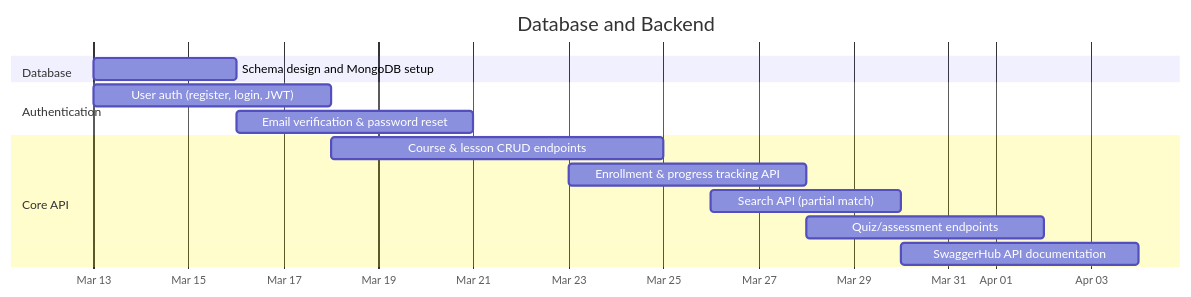
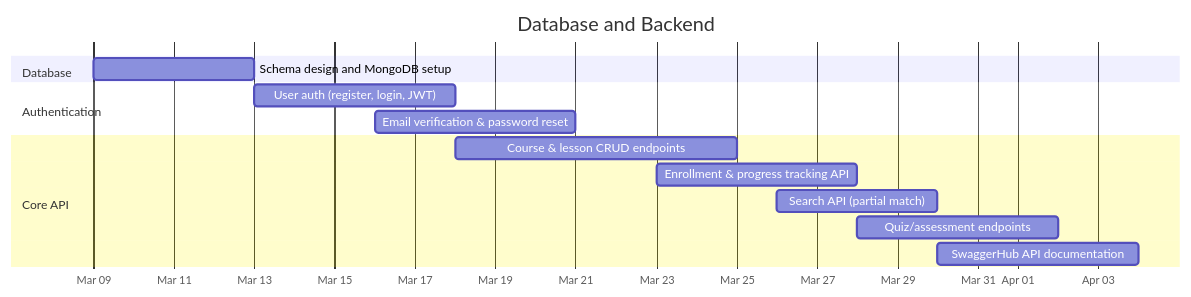
Before and after one commit to LuizGomes56/poosd_final_project: the second of 7 diagrams in GANTT.md, drawn with Mermaid.

Commit message:
date changes

````diff
--- a/GANTT.md
+++ b/GANTT.md
@@ -31,20 +31,20 @@
 ```mermaid
 gantt
     title Database and Backend
     dateFormat  YYYY-MM-DD
     axisFormat  %b %d
 
     section Database
-    Schema design and MongoDB setup      :        db1, 2026-03-13, 2026-03-16
+    Schema design and MongoDB setup      :        db1, 2026-03-09, 2026-03-13
 
     section Authentication
     User auth (register, login, JWT)     :        be1, 2026-03-13, 2026-03-18
     Email verification & password reset  :        be2, 2026-03-16, 2026-03-21
 
     section Core API
     Course & lesson CRUD endpoints       :        be3, 2026-03-18, 2026-03-25
     Enrollment & progress tracking API   :        be4, 2026-03-23, 2026-03-28
     Search API (partial match)           :        be5, 2026-03-26, 2026-03-30
     Quiz/assessment endpoints            :        be6, 2026-03-28, 2026-04-02
     SwaggerHub API documentation         :        be7, 2026-03-30, 2026-04-04
 ```
````
